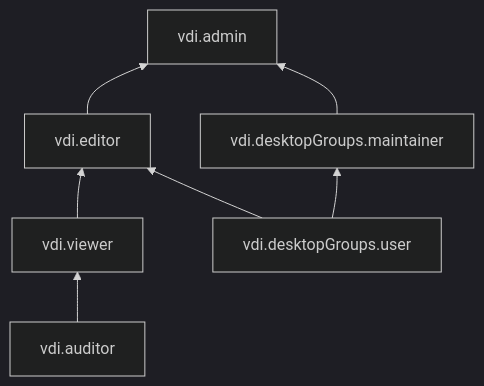
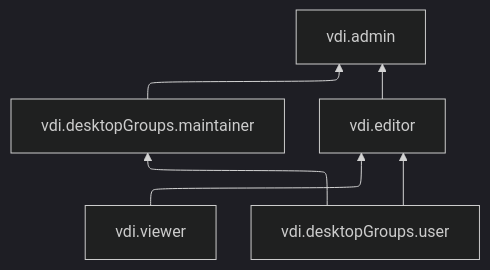
The diagram in md-docs/cloud-desktop/security/index.md (yandex-cloud/docs), drawn with Mermaid (dark theme) before and after one commit. The commit also changed 329 other files, not shown here.

````diff
--- a/md-docs/cloud-desktop/security/index.md
+++ b/md-docs/cloud-desktop/security/index.md
@@ -26,9 +26,9 @@
 ```mermaid
+%%{init: {"flowchart": {'defaultRenderer': 'elk'}} }%%
 flowchart BT
     vdi.desktopGroups.maintainer --> vdi.admin
     vdi.editor --> vdi.admin
     vdi.viewer --> vdi.editor
     vdi.desktopGroups.user --> vdi.editor
     vdi.desktopGroups.user --> vdi.desktopGroups.maintainer
-    vdi.auditor --> vdi.viewer
 ```
````
